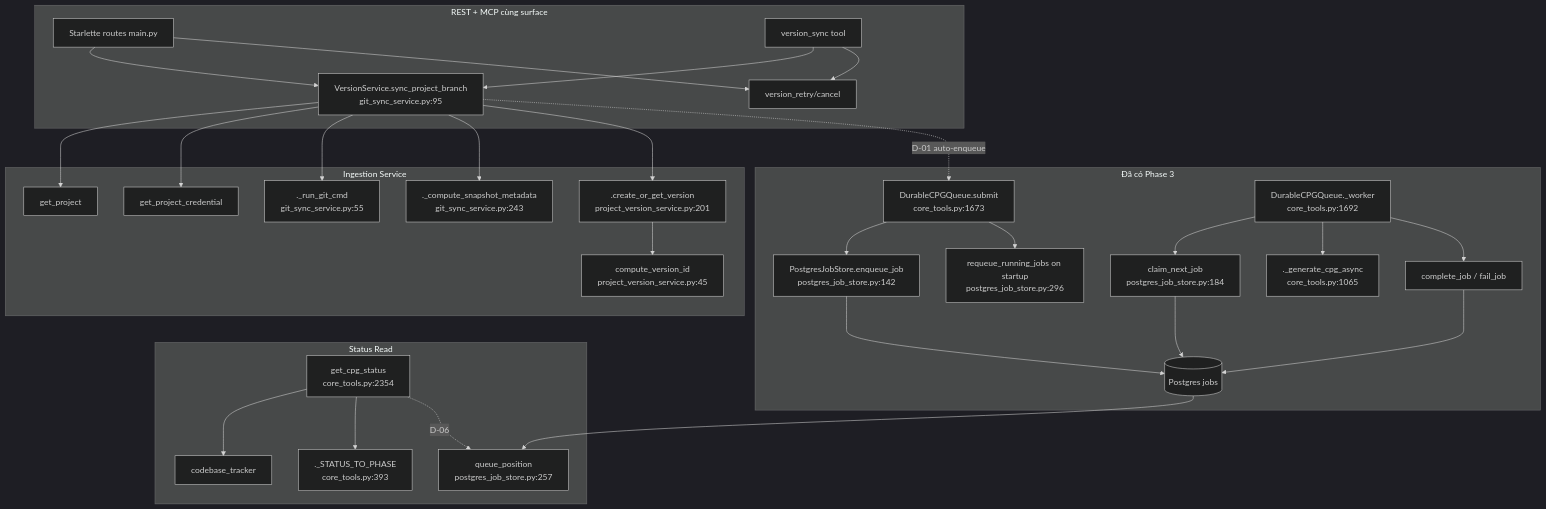
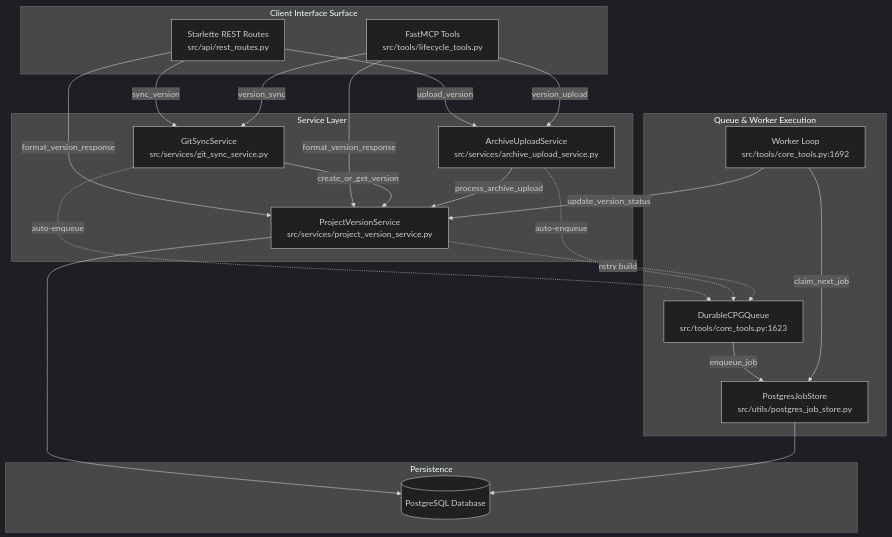
The second of 2 diagrams in docs/phase-06-durable-cpg-lifecycle-explained.md (NguyenThanhHungDev140503/codebadger), drawn with Mermaid (dark theme) before and after one commit. The commit also changed other lines of this file and 8 other files, not shown here.

````diff
--- a/docs/phase-06-durable-cpg-lifecycle-explained.md
+++ b/docs/phase-06-durable-cpg-lifecycle-explained.md
@@ -318,38 +316,46 @@
 ```mermaid
 graph TD
-    subgraph REST/MCP Surface [REST + MCP cùng surface]
-        REST[Starlette routes main.py] --> PVS
-        MCP[version_sync tool] --> PVS
-        MCP --> RT[version_retry/cancel]
-        REST --> RT
+    subgraph Client Interface Surface
+        REST_API[Starlette REST Routes<br/>src/api/rest_routes.py]
+        MCP_TOOLS[FastMCP Tools<br/>src/tools/lifecycle_tools.py]
     end
 
-    subgraph Ingestion Service
-        PVS[VersionService.sync_project_branch<br/>git_sync_service.py:95] --> GSC[get_project]
-        PVS --> GETCRED[get_project_credential]
-        PVS --> GITCMD[._run_git_cmd<br/>git_sync_service.py:55]
-        PVS --> META[._compute_snapshot_metadata<br/>git_sync_service.py:243]
-        PVS --> COV[.create_or_get_version<br/>project_version_service.py:201]
-        COV --> VID[compute_version_id<br/>project_version_service.py:45]
+    subgraph Service Layer
+        PVS[ProjectVersionService<br/>src/services/project_version_service.py]
+        GSS[GitSyncService<br/>src/services/git_sync_service.py]
+        AUS[ArchiveUploadService<br/>src/services/archive_upload_service.py]
     end
 
-    subgraph Durable Queue [Đã có Phase 3]
-        PVS -. D-01 auto-enqueue .-> DQ
-        DQ[DurableCPGQueue.submit<br/>core_tools.py:1673] --> JS[PostgresJobStore.enqueue_job<br/>postgres_job_store.py:142]
-        JS --> DB[(Postgres jobs)]
-        WK[DurableCPGQueue._worker<br/>core_tools.py:1692] --> JS2[claim_next_job<br/>postgres_job_store.py:184]
-        JS2 --> DB
-        WK --> GEN[._generate_cpg_async<br/>core_tools.py:1065]
-        WK --> JS3[complete_job / fail_job]
-        JS3 --> DB
-        DQ --> REC[requeue_running_jobs on startup<br/>postgres_job_store.py:296]
+    subgraph Queue & Worker Execution
+        QUEUE[DurableCPGQueue<br/>src/tools/core_tools.py:1623]
+        WORKER[Worker Loop<br/>src/tools/core_tools.py:1692]
+        STORE[PostgresJobStore<br/>src/utils/postgres_job_store.py]
     end
 
-    subgraph Status Read
-        GS[get_cpg_status<br/>core_tools.py:2354] --> TR[codebase_tracker]
-        GS --> PH[._STATUS_TO_PHASE<br/>core_tools.py:393]
-        GS -. D-06 .-> QPOS[queue_position<br/>postgres_job_store.py:257]
+    subgraph Persistence
+        DB[(PostgreSQL Database)]
     end
 
-    DB --> QPOS
+    REST_API -->|format_version_response| PVS
+    MCP_TOOLS -->|format_version_response| PVS
+    
+    REST_API -->|sync_version| GSS
+    MCP_TOOLS -->|version_sync| GSS
+
+    REST_API -->|upload_version| AUS
+    MCP_TOOLS -->|version_upload| AUS
+
+    GSS -->|create_or_get_version| PVS
+    AUS -->|process_archive_upload| PVS
+
+    GSS -. auto-enqueue .-> QUEUE
+    AUS -. auto-enqueue .-> QUEUE
+    PVS -. retry build .-> QUEUE
+
+    QUEUE -->|enqueue_job| STORE
+    WORKER -->|claim_next_job| STORE
+    WORKER -->|update_version_status| PVS
+
+    PVS --> DB
+    STORE --> DB
 ```
````
